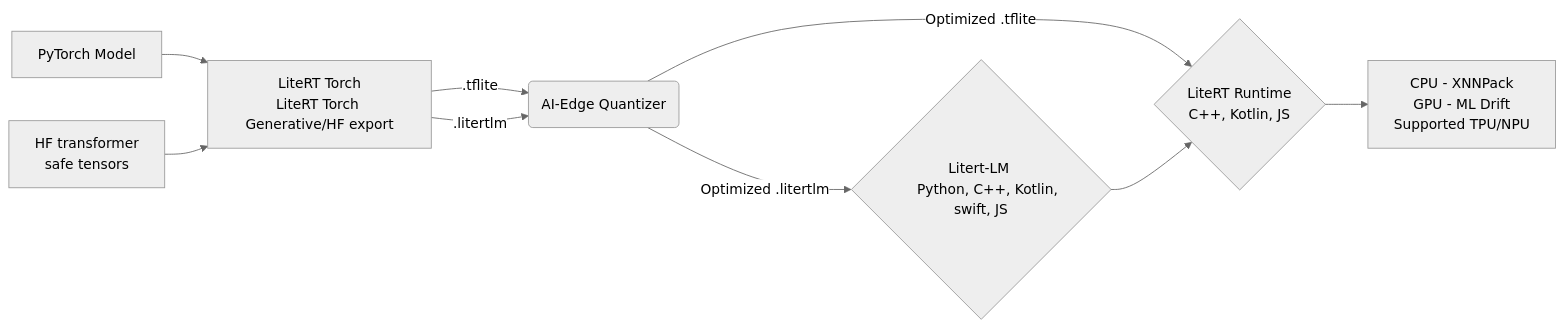
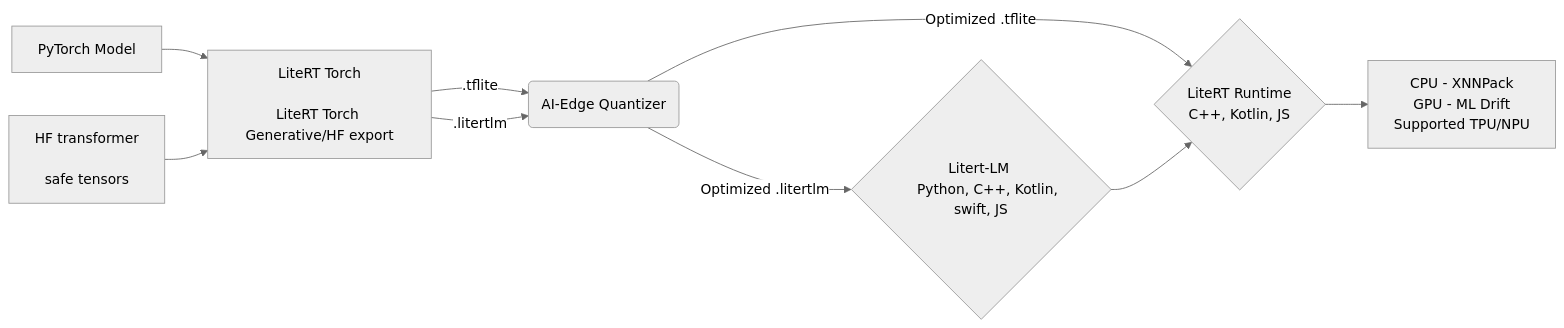
The diagram in README.md (google-ai-edge/LiteRT), drawn with Mermaid (neutral theme) before and after one commit. The commit also changed other lines of this file, not shown here.

First line of the commit message:
Update readme of LiteRT github repo

````diff
--- a/README.md
+++ b/README.md
@@ -41,12 +62,12 @@
 ```mermaid
 graph LR
     A[PyTorch Model] --> B[LiteRT Torch
-LiteRT Torch Generative/HF export] 
-    a[HF transformer 
-    safe tensors] --> B
+    <br/>LiteRT Torch Generative/HF export]
+    a[HF transformer
+    <br/>safe tensors] --> B
     B -->|.tflite| F(AI-Edge Quantizer) --> |Optimized  .tflite| I
     B -->|.litertlm|F --> |Optimized .litertlm| H{Litert-LM 
     Python, C++, Kotlin, swift, JS} --> I{LiteRT Runtime 
     C++, Kotlin, JS}
     I --> J[CPU - XNNPack <br> GPU - ML Drift <br> Supported TPU/NPU]
 ```
````
